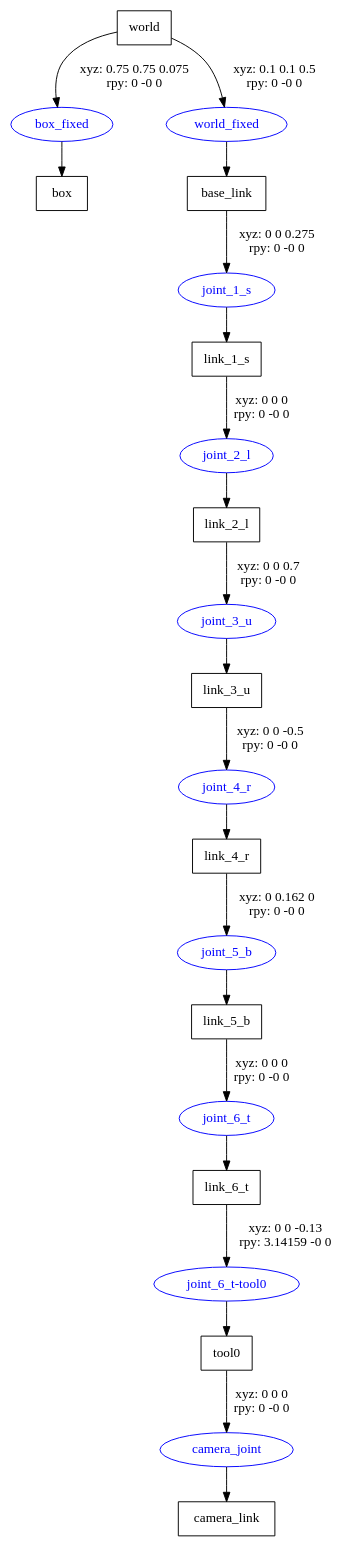
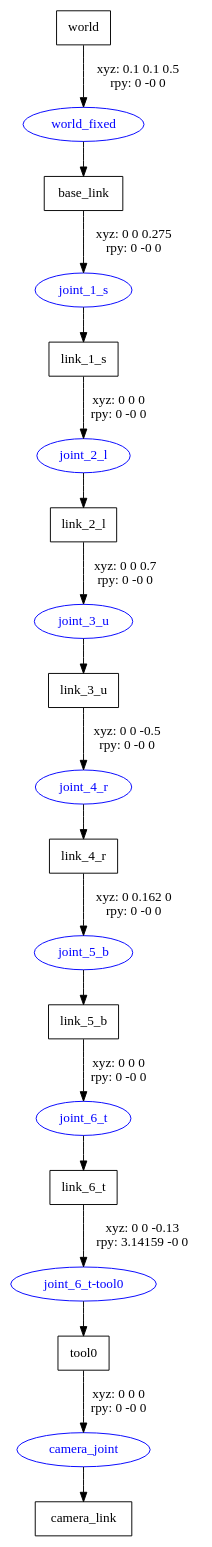
The diagram in motoman_hc10.gv (integrationROS/catkin_ws), drawn with Graphviz before and after one commit. The commit also changed 538 other files, not shown here.

```diff
--- a/motoman_hc10.gv
+++ b/motoman_hc10.gv
@@ -1,35 +1,32 @@
 digraph G {
 node [shape=box];
 "world" [label="world"];
-"box" [label="box"];
 "base_link" [label="base_link"];
 "link_1_s" [label="link_1_s"];
 "link_2_l" [label="link_2_l"];
 "link_3_u" [label="link_3_u"];
 "link_4_r" [label="link_4_r"];
 "link_5_b" [label="link_5_b"];
 "link_6_t" [label="link_6_t"];
 "tool0" [label="tool0"];
 "camera_link" [label="camera_link"];
 node [shape=ellipse, color=blue, fontcolor=blue];
-"world" -> "box_fixed" [label="xyz: 0.75 0.75 0.075 \nrpy: 0 -0 0"]
-"box_fixed" -> "box"
 "world" -> "world_fixed" [label="xyz: 0.1 0.1 0.5 \nrpy: 0 -0 0"]
 "world_fixed" -> "base_link"
 "base_link" -> "joint_1_s" [label="xyz: 0 0 0.275 \nrpy: 0 -0 0"]
 "joint_1_s" -> "link_1_s"
 "link_1_s" -> "joint_2_l" [label="xyz: 0 0 0 \nrpy: 0 -0 0"]
 "joint_2_l" -> "link_2_l"
 "link_2_l" -> "joint_3_u" [label="xyz: 0 0 0.7 \nrpy: 0 -0 0"]
 "joint_3_u" -> "link_3_u"
 "link_3_u" -> "joint_4_r" [label="xyz: 0 0 -0.5 \nrpy: 0 -0 0"]
 "joint_4_r" -> "link_4_r"
 "link_4_r" -> "joint_5_b" [label="xyz: 0 0.162 0 \nrpy: 0 -0 0"]
 "joint_5_b" -> "link_5_b"
 "link_5_b" -> "joint_6_t" [label="xyz: 0 0 0 \nrpy: 0 -0 0"]
 "joint_6_t" -> "link_6_t"
 "link_6_t" -> "joint_6_t-tool0" [label="xyz: 0 0 -0.13 \nrpy: 3.14159 -0 0"]
 "joint_6_t-tool0" -> "tool0"
 "tool0" -> "camera_joint" [label="xyz: 0 0 0 \nrpy: 0 -0 0"]
 "camera_joint" -> "camera_link"
 }
```
